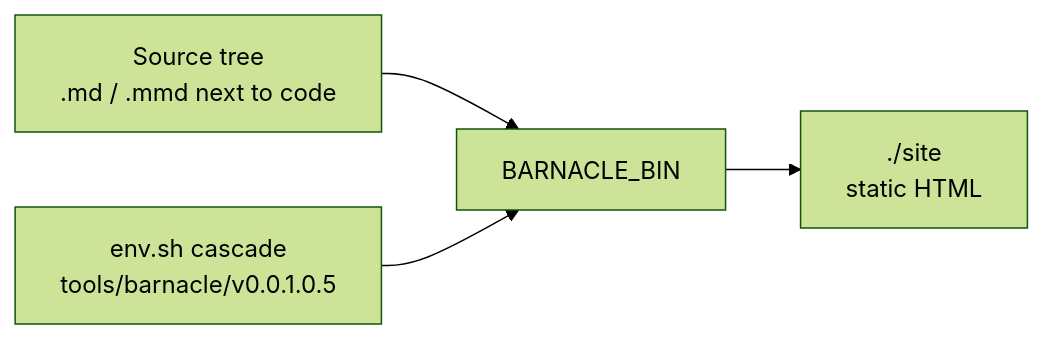
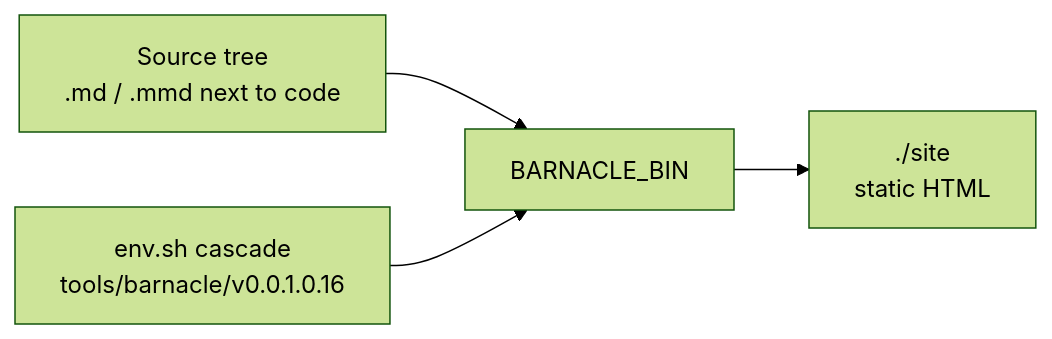
Before and after one commit to fordaj/barnacle: the diagram in scripts/docs.sh.md, drawn with Mermaid (forest theme). The commit also changed other lines of this file and 31 other files, not shown here.

First line of the commit message:
Clickable Mermaid edges via inline label anchors (#5)

````diff
--- a/scripts/docs.sh.md
+++ b/scripts/docs.sh.md
@@ -3,7 +3,7 @@
 ```mermaid
 flowchart LR
     Src[Source tree<br/>.md / .mmd next to code] --> Barnacle[BARNACLE_BIN]
-    Cascade[env.sh cascade<br/>tools/barnacle/v0.0.1.0.5] --> Barnacle
+    Cascade[env.sh cascade<br/>tools/barnacle/v0.0.1.0.16] --> Barnacle
     Barnacle --> Site[./site<br/>static HTML]
     click Cascade href "env.sh.md"
 ```
````
